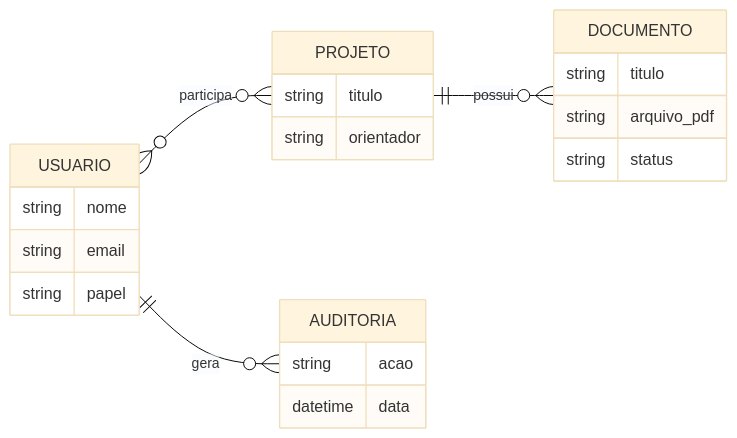
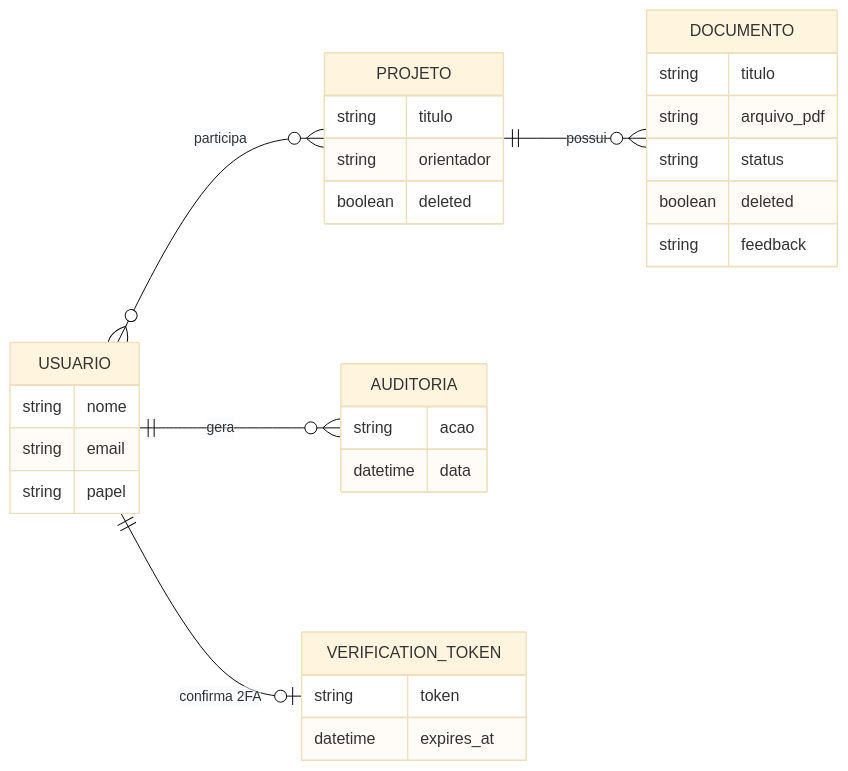
Before and after one commit to pedrohpsantos/EdTech: the diagram in docs/arquitetura/diagramas/dados.md, drawn with Mermaid. The commit also changed other lines of this file and 4 other files, not shown here.

Commit message:
docs: update architecture, requirements and manuals for 2FA, Flyway and Audit Export

````diff
--- a/docs/arquitetura/diagramas/dados.md
+++ b/docs/arquitetura/diagramas/dados.md
@@ -11,31 +11,40 @@
 ```mermaid
 %%{init: {"theme": "base"}}%%
 erDiagram
     direction LR
 
     USUARIO {
         string nome
         string email
         string papel
     }
 
     PROJETO {
         string titulo
         string orientador
+        boolean deleted
     }
 
     DOCUMENTO {
         string titulo
         string arquivo_pdf
         string status
+        boolean deleted
+        string feedback
     }
 
     AUDITORIA {
         string acao
         datetime data
     }
 
+    VERIFICATION_TOKEN {
+        string token
+        datetime expires_at
+    }
+
     USUARIO }o--o{ PROJETO : participa
     PROJETO ||--o{ DOCUMENTO : possui
     USUARIO ||--o{ AUDITORIA : gera
+    USUARIO ||--o| VERIFICATION_TOKEN : "confirma 2FA"
 ```
````
